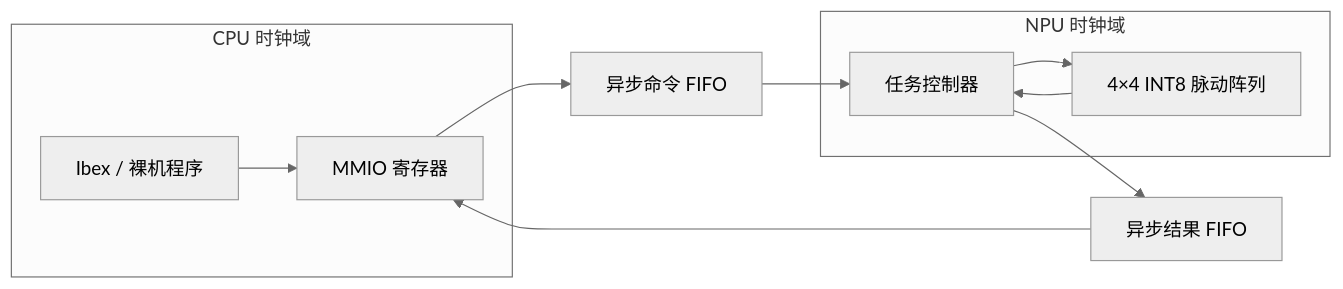
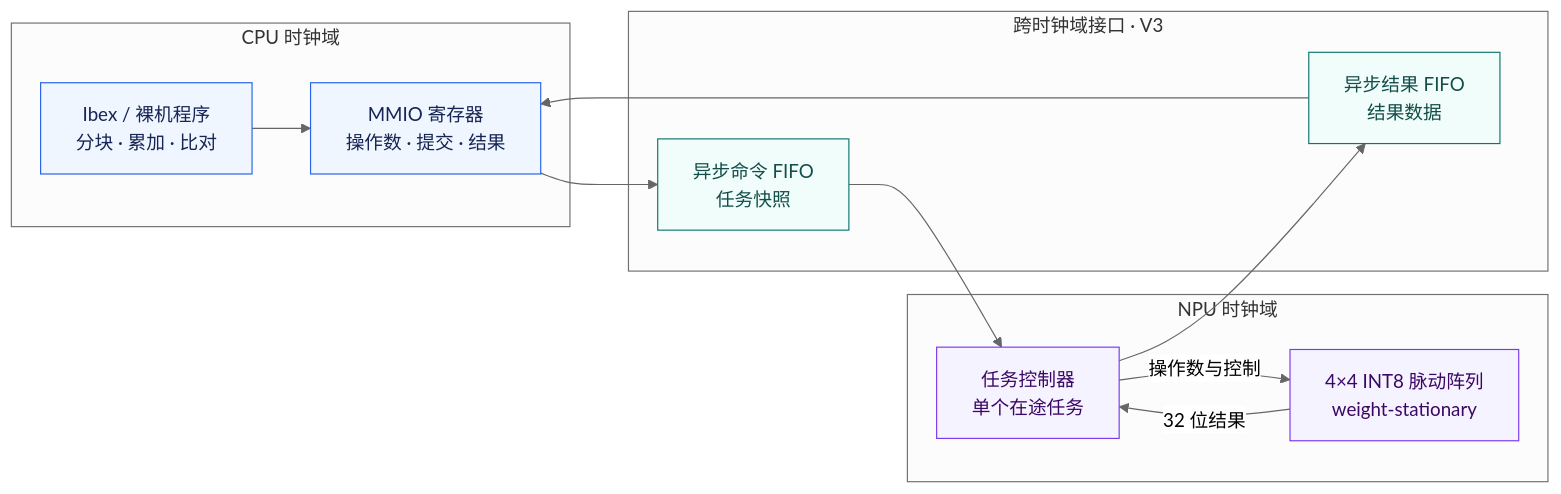
The diagram in README.md (Avile-x/riscv-int8-npu-soc), drawn with Mermaid (neutral theme) before and after one commit. The commit also changed other lines of this file and 1 other file, not shown here.

Commit message:
docs: 补上首页横幅图片

````diff
--- a/README.md
+++ b/README.md
@@ -26,21 +49,30 @@
 ```mermaid
 flowchart LR
     subgraph CPU["CPU 时钟域"]
-        SW["Ibex / 裸机程序"]
-        MMIO["MMIO 寄存器"]
+        SW["Ibex / 裸机程序<br/>分块 · 累加 · 比对"]
+        MMIO["MMIO 寄存器<br/>操作数 · 提交 · 结果"]
         SW --> MMIO
     end
 
-    CMD["异步命令 FIFO"]
-    RES["异步结果 FIFO"]
+    subgraph CDC["跨时钟域接口 · V3"]
+        CMD["异步命令 FIFO<br/>任务快照"]
+        RES["异步结果 FIFO<br/>结果数据"]
+    end
 
     subgraph NPU["NPU 时钟域"]
-        CTRL["任务控制器"]
-        ARRAY["4×4 INT8 脉动阵列"]
-        CTRL --> ARRAY
-        ARRAY --> CTRL
+        CTRL["任务控制器<br/>单个在途任务"]
+        ARRAY["4×4 INT8 脉动阵列<br/>weight-stationary"]
+        CTRL -->|操作数与控制| ARRAY
+        ARRAY -->|32 位结果| CTRL
     end
 
     MMIO --> CMD --> CTRL
     CTRL --> RES --> MMIO
+
+    classDef cpu fill:#eff6ff,stroke:#2563eb,color:#172554
+    classDef cdc fill:#f0fdfa,stroke:#0f766e,color:#134e4a
+    classDef npu fill:#f5f3ff,stroke:#7c3aed,color:#3b0764
+    class SW,MMIO cpu
+    class CMD,RES cdc
+    class CTRL,ARRAY npu
 ```
````
